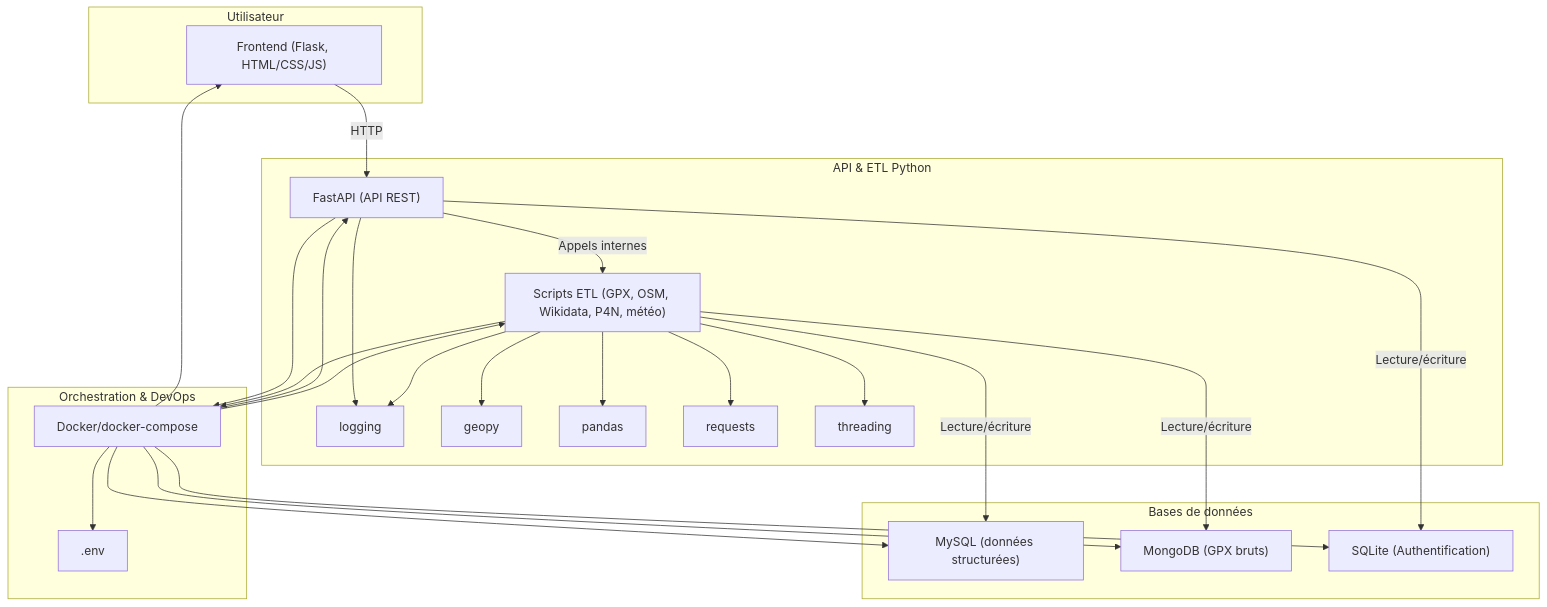
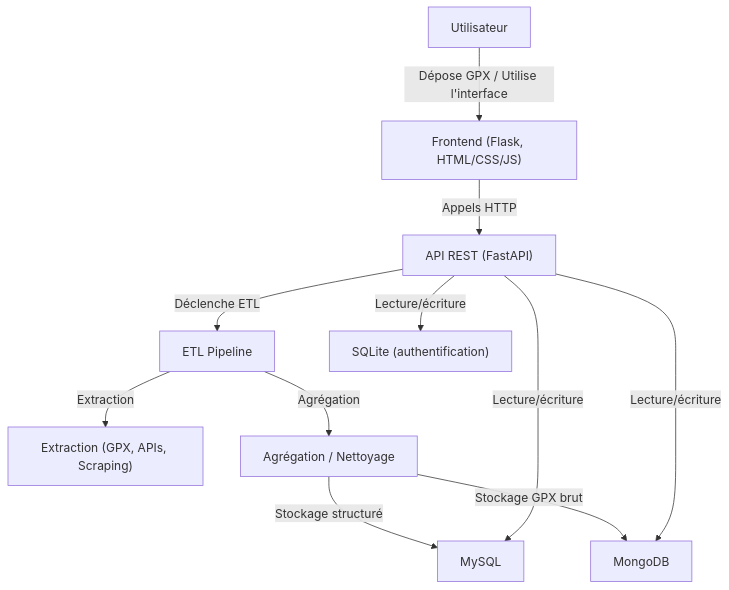
Before and after one commit to natbediee/randovango: the diagram in README.md, drawn with Mermaid. The commit also changed other lines of this file and 54 other files, not shown here.

````diff
--- a/README.md
+++ b/README.md
@@ -23,44 +24,23 @@
 ```mermaid
 graph TD
-  subgraph Utilisateur
-    UI["Frontend (Flask, HTML/CSS/JS)"]
-  end
-  subgraph API & ETL Python
-    API["FastAPI (API REST)"]
-    ETL["Scripts ETL (GPX, OSM, Wikidata, P4N, météo)"]
-    LOG["logging"]
-    GEOPY["geopy"]
-    PANDAS["pandas"]
-    REQ["requests"]
-    THREAD["threading"]
-  end
-  subgraph Bases de données
-    MYSQL["MySQL (données structurées)"]
-    MONGO["MongoDB (GPX bruts)"]
-  SQLITE["SQLite (Authentification)"]
-  end
-  subgraph Orchestration & DevOps
-    DOCKER["Docker/docker-compose"]
-    ENV[".env"]
-  end
-  UI -->|HTTP| API
-  API -->|Appels internes| ETL
-  ETL -->|Lecture/écriture| MYSQL
-  ETL -->|Lecture/écriture| MONGO
-  API -->|Lecture/écriture| SQLITE
-  API --> LOG
-  ETL --> LOG
-  ETL --> GEOPY
-  ETL --> PANDAS
-  ETL --> REQ
-  ETL --> THREAD
-  API --> DOCKER
-  ETL --> DOCKER
-  DOCKER --> MYSQL
-  DOCKER --> MONGO
-  DOCKER --> SQLITE
-  DOCKER --> API
-  DOCKER --> ETL
-  DOCKER --> UI
-  DOCKER --> ENV
+  USER["Utilisateur"]
+  UI["Frontend (Flask, HTML/CSS/JS)"]
+  API["API REST (FastAPI)"]
+  ETL["ETL Pipeline"]
+  EXTRACTION["Extraction (GPX, APIs, Scraping)"]
+  AGGREGATION["Agrégation / Nettoyage"]
+  MYSQL["MySQL"]
+  MONGO["MongoDB"]
+  SQLITE["SQLite (authentification)"]
+
+  USER -- "Dépose GPX / Utilise l'interface" --> UI
+  UI -- "Appels HTTP" --> API
+  API -- "Déclenche ETL" --> ETL
+  ETL -- "Extraction" --> EXTRACTION
+  ETL -- "Agrégation" --> AGGREGATION
+  AGGREGATION -- "Stockage structuré" --> MYSQL
+  AGGREGATION -- "Stockage GPX brut" --> MONGO
+  API -- "Lecture/écriture" --> MYSQL
+  API -- "Lecture/écriture" --> MONGO
+  API -- "Lecture/écriture" --> SQLITE
 ```
````
